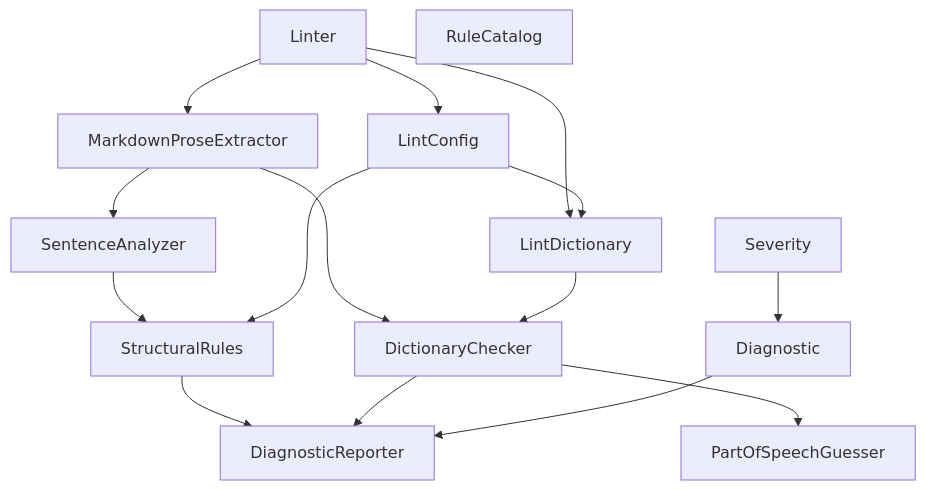
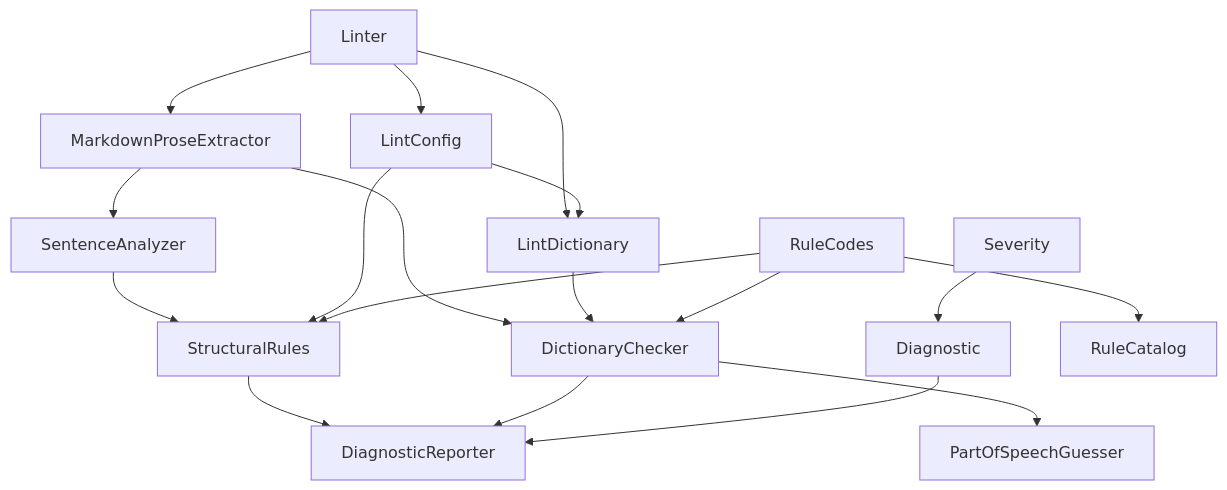
Before and after one commit to demaconsulting/Ste100Mark: the diagram in docs/design/ste100-mark/linting.md, drawn with Mermaid. The commit also changed other lines of this file and 6 other files, not shown here.

First line of the commit message:
Address PR #25 review: expose explicit official/mechanical/advisory classification and add RuleCodes to the unit inventory

````diff
--- a/docs/design/ste100-mark/linting.md
+++ b/docs/design/ste100-mark/linting.md
@@ -73,18 +76,20 @@
 ```mermaid
 flowchart TD
     Linter --> LintConfig
     Linter --> LintDictionary
     Linter --> MarkdownProseExtractor
     MarkdownProseExtractor --> SentenceAnalyzer
     MarkdownProseExtractor --> DictionaryChecker
     SentenceAnalyzer --> StructuralRules
     LintConfig --> StructuralRules
     LintConfig --> LintDictionary
     LintDictionary --> DictionaryChecker
     DictionaryChecker --> PartOfSpeechGuesser
     StructuralRules --> DiagnosticReporter
     DictionaryChecker --> DiagnosticReporter
     Severity --> Diagnostic
     Diagnostic --> DiagnosticReporter
-    RuleCatalog
+    RuleCodes --> RuleCatalog
+    RuleCodes --> StructuralRules
+    RuleCodes --> DictionaryChecker
 ```
````
